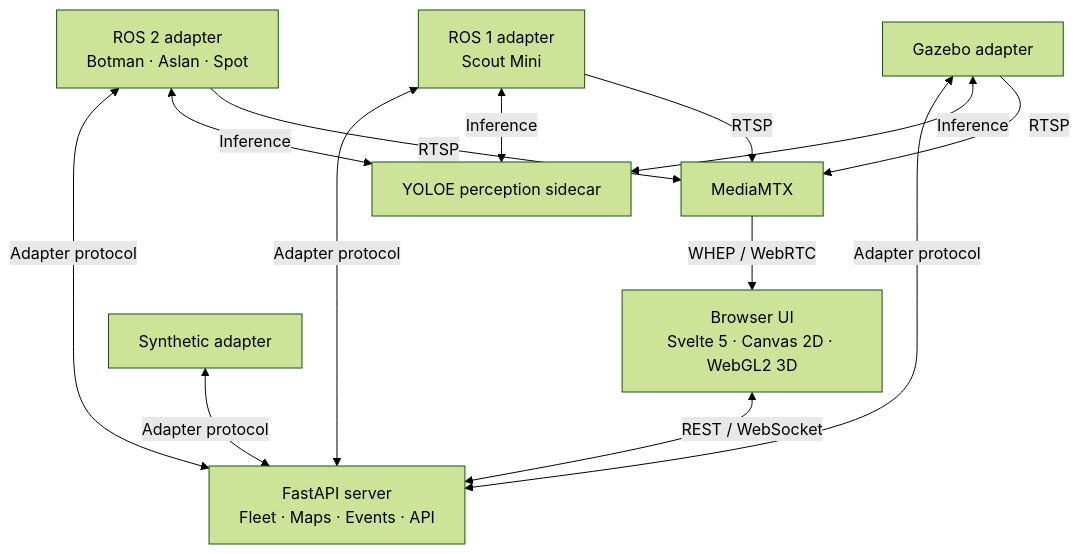
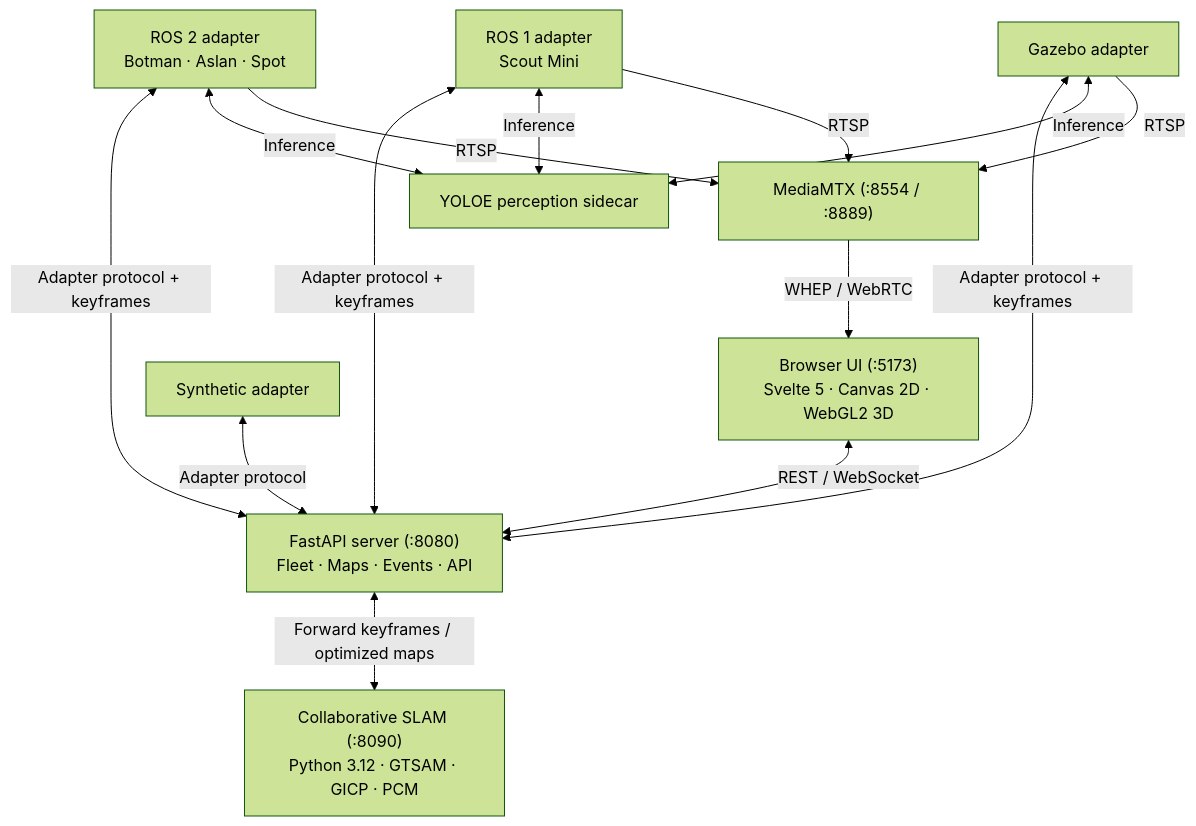
One commit to SimonR99/swarmdeck changed the diagram in docs/architecture/overview.md. Above: the diagram before and after it, drawn with Mermaid (forest theme). The commit also changed other lines of this file and 8 other files, not shown here.

First line of the commit message:
docs & cleanup: update architecture docs, remove legacy traps, and modernize SLAM service

````diff
--- a/docs/architecture/overview.md
+++ b/docs/architecture/overview.md
@@ -6,24 +6,26 @@
 ```mermaid
 flowchart TB
-    UI["Browser UI<br/>Svelte 5 · Canvas 2D · WebGL2 3D"]
-    Server["FastAPI server<br/>Fleet · Maps · Events · API"]
+    UI["Browser UI (:5173)<br/>Svelte 5 · Canvas 2D · WebGL2 3D"]
+    Server["FastAPI server (:8080)<br/>Fleet · Maps · Events · API"]
+    SLAM["Collaborative SLAM (:8090)<br/>Python 3.12 · GTSAM · GICP · PCM"]
     ROS2["ROS 2 adapter<br/>Botman · Aslan · Spot"]
     ROS1["ROS 1 adapter<br/>Scout Mini"]
     Sim["Gazebo adapter"]
     Mock["Synthetic adapter"]
     Detector["YOLOE perception sidecar"]
-    Media["MediaMTX"]
+    Media["MediaMTX (:8554 / :8889)"]
 
     UI <-->|REST / WebSocket| Server
-    ROS2 <-->|Adapter protocol| Server
-    ROS1 <-->|Adapter protocol| Server
-    Sim <-->|Adapter protocol| Server
+    Server <-->|Forward keyframes / optimized maps| SLAM
+    ROS2 <-->|Adapter protocol + keyframes| Server
+    ROS1 <-->|Adapter protocol + keyframes| Server
+    Sim <-->|Adapter protocol + keyframes| Server
     Mock <-->|Adapter protocol| Server
     ROS2 <-->|Inference| Detector
     ROS1 <-->|Inference| Detector
     Sim <-->|Inference| Detector
     ROS2 -->|RTSP| Media
     ROS1 -->|RTSP| Media
     Sim -->|RTSP| Media
     Media -->|WHEP / WebRTC| UI
 ```
````
